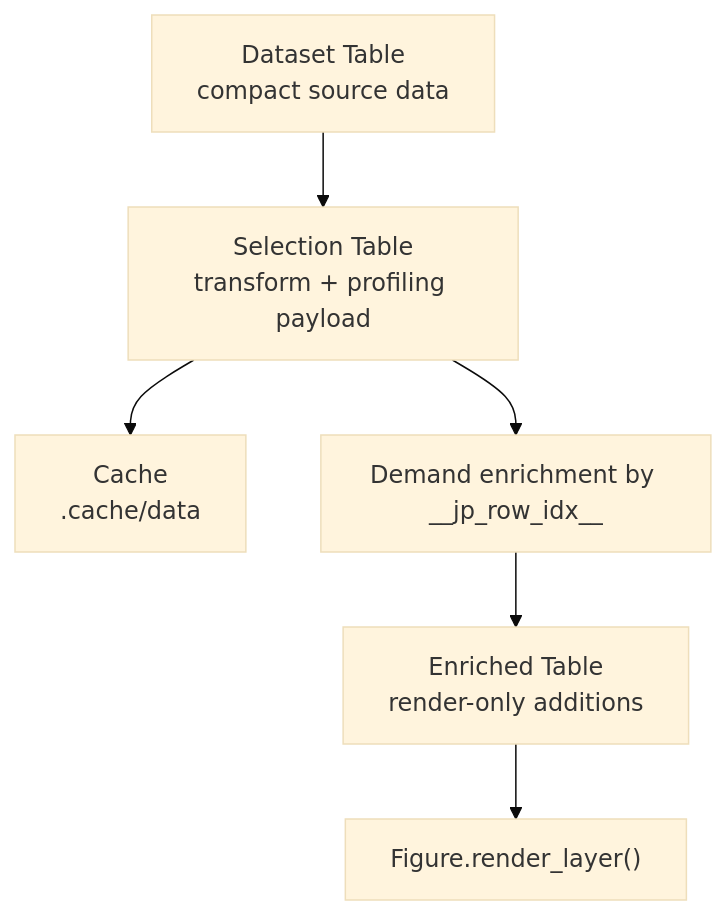
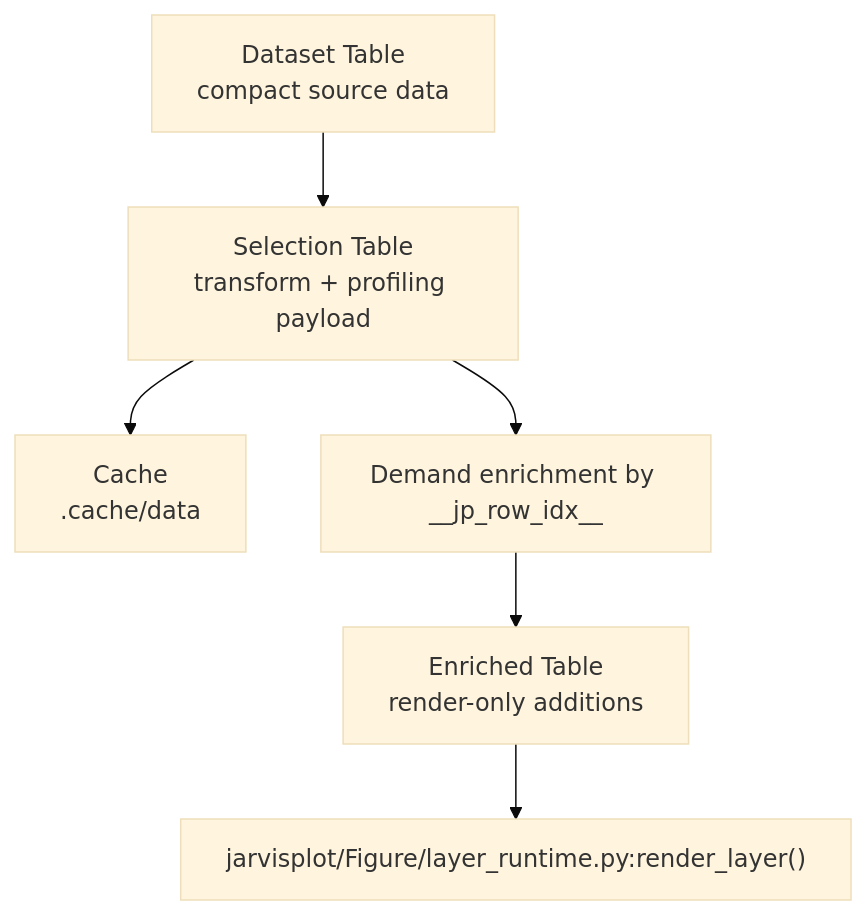
The diagram in docs/design/DATAFLOW_ARCHITECTURE.md (Pengxuan-Zhu-Phys/Jarvis-PLOT), drawn with Mermaid (base theme) before and after one commit. The commit also changed other lines of this file and 15 other files, not shown here.

````diff
--- a/docs/design/DATAFLOW_ARCHITECTURE.md
+++ b/docs/design/DATAFLOW_ARCHITECTURE.md
@@ -134,8 +134,8 @@
 ```mermaid
 flowchart TD
     A["Dataset Table<br/>compact source data"] --> B["Selection Table<br/>transform + profiling payload"]
     B --> C["Cache<br/>.cache/data"]
     B --> D["Demand enrichment by __jp_row_idx__"]
     D --> E["Enriched Table<br/>render-only additions"]
-    E --> F["Figure.render_layer()"]
+    E --> F["jarvisplot/Figure/layer_runtime.py:render_layer()"]
 ```
````
